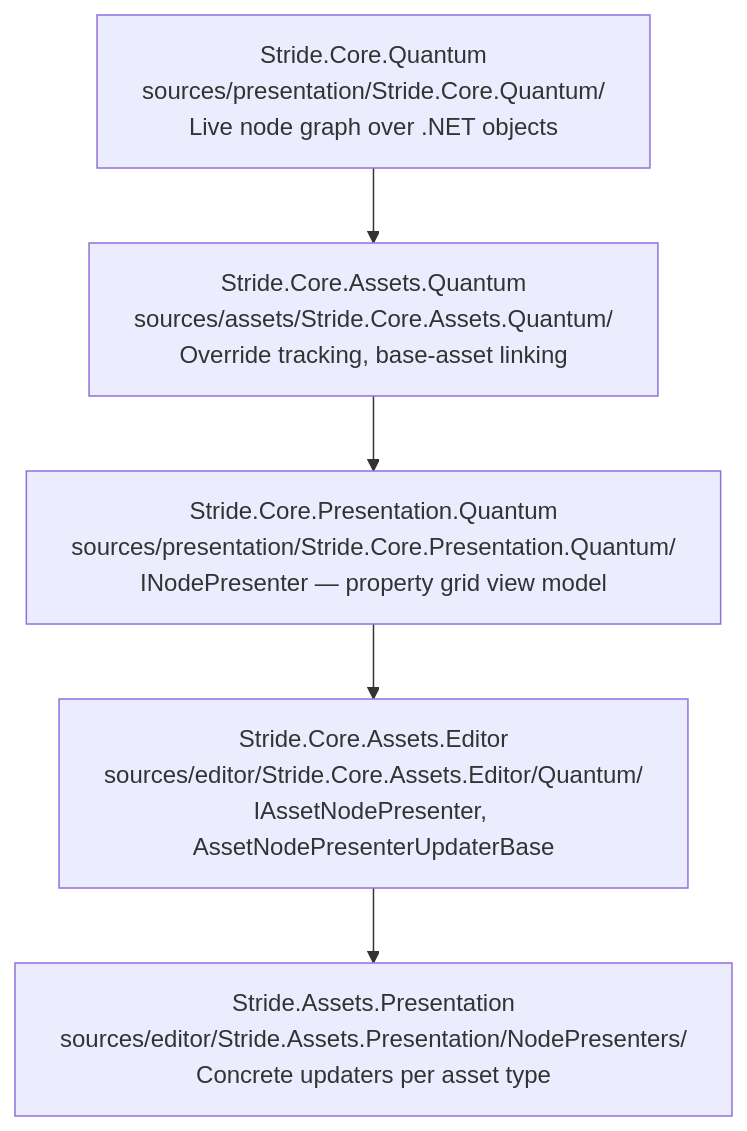
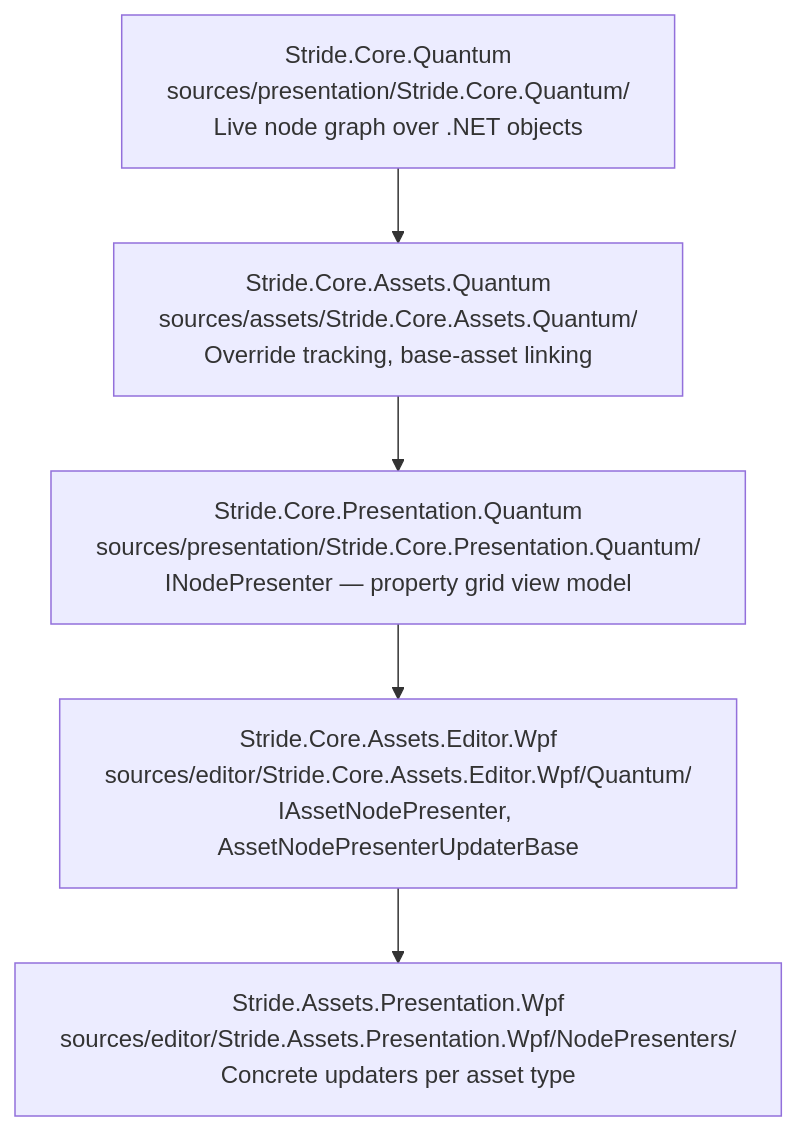
Before and after one commit to stride3d/stride: the diagram in docs/quantum/README.md, drawn with Mermaid. The commit also changed 1586 other files, not shown here.

First line of the commit message:
refactor: rename WPF editor/presentation projects to add .Wpf suffix

````diff
--- a/docs/quantum/README.md
+++ b/docs/quantum/README.md
@@ -7,13 +7,13 @@
 ```mermaid
 flowchart TD
     A["Stride.Core.Quantum<br/>sources/presentation/Stride.Core.Quantum/<br/>Live node graph over .NET objects"]
     B["Stride.Core.Assets.Quantum<br/>sources/assets/Stride.Core.Assets.Quantum/<br/>Override tracking, base-asset linking"]
     C["Stride.Core.Presentation.Quantum<br/>sources/presentation/Stride.Core.Presentation.Quantum/<br/>INodePresenter — property grid view model"]
-    D["Stride.Core.Assets.Editor<br/>sources/editor/Stride.Core.Assets.Editor/Quantum/<br/>IAssetNodePresenter, AssetNodePresenterUpdaterBase"]
-    E["Stride.Assets.Presentation<br/>sources/editor/Stride.Assets.Presentation/NodePresenters/<br/>Concrete updaters per asset type"]
+    D["Stride.Core.Assets.Editor.Wpf<br/>sources/editor/Stride.Core.Assets.Editor.Wpf/Quantum/<br/>IAssetNodePresenter, AssetNodePresenterUpdaterBase"]
+    E["Stride.Assets.Presentation.Wpf<br/>sources/editor/Stride.Assets.Presentation.Wpf/NodePresenters/<br/>Concrete updaters per asset type"]
 
     A --> B
     B --> C
     C --> D
     D --> E
 ```
````
